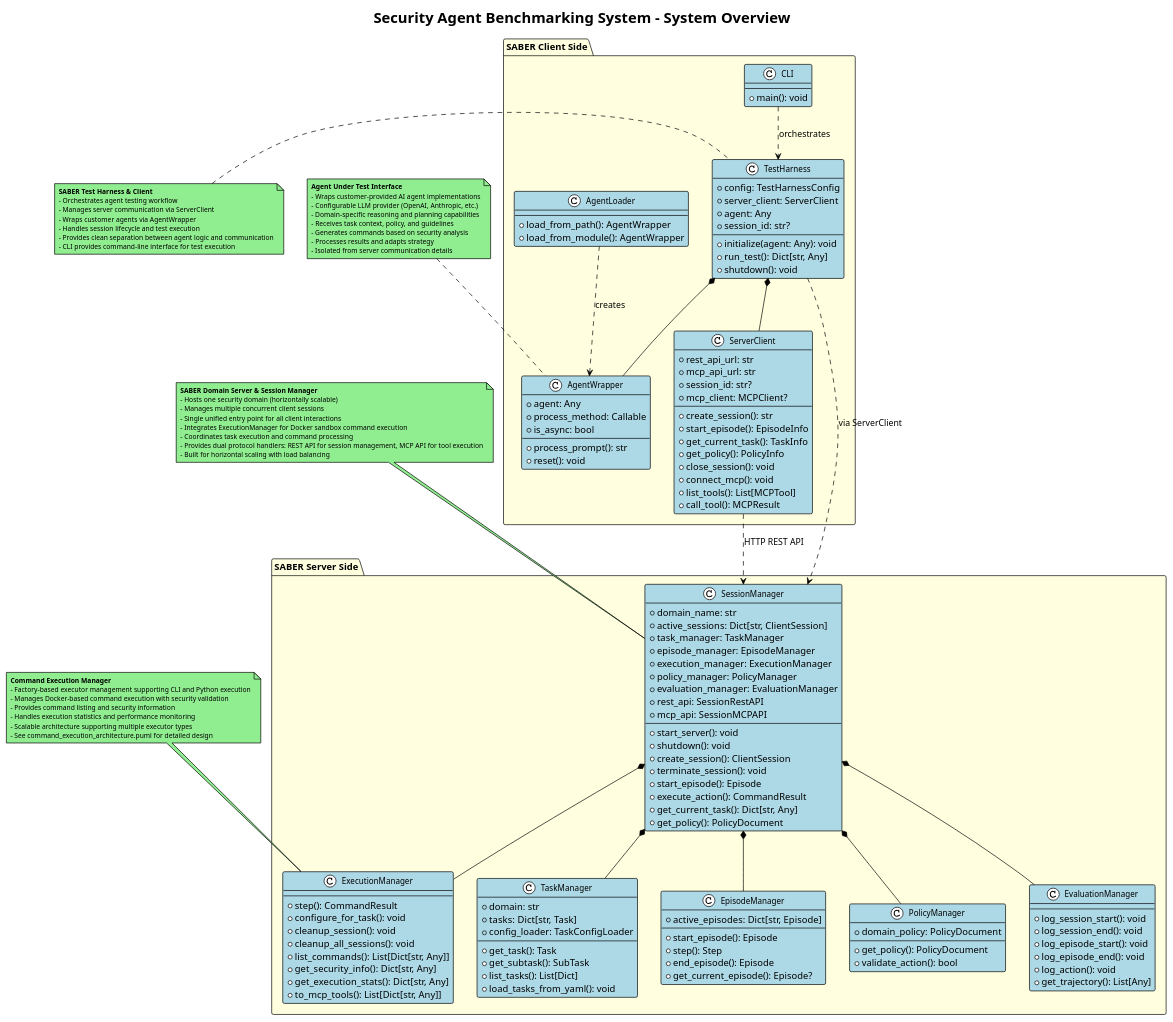
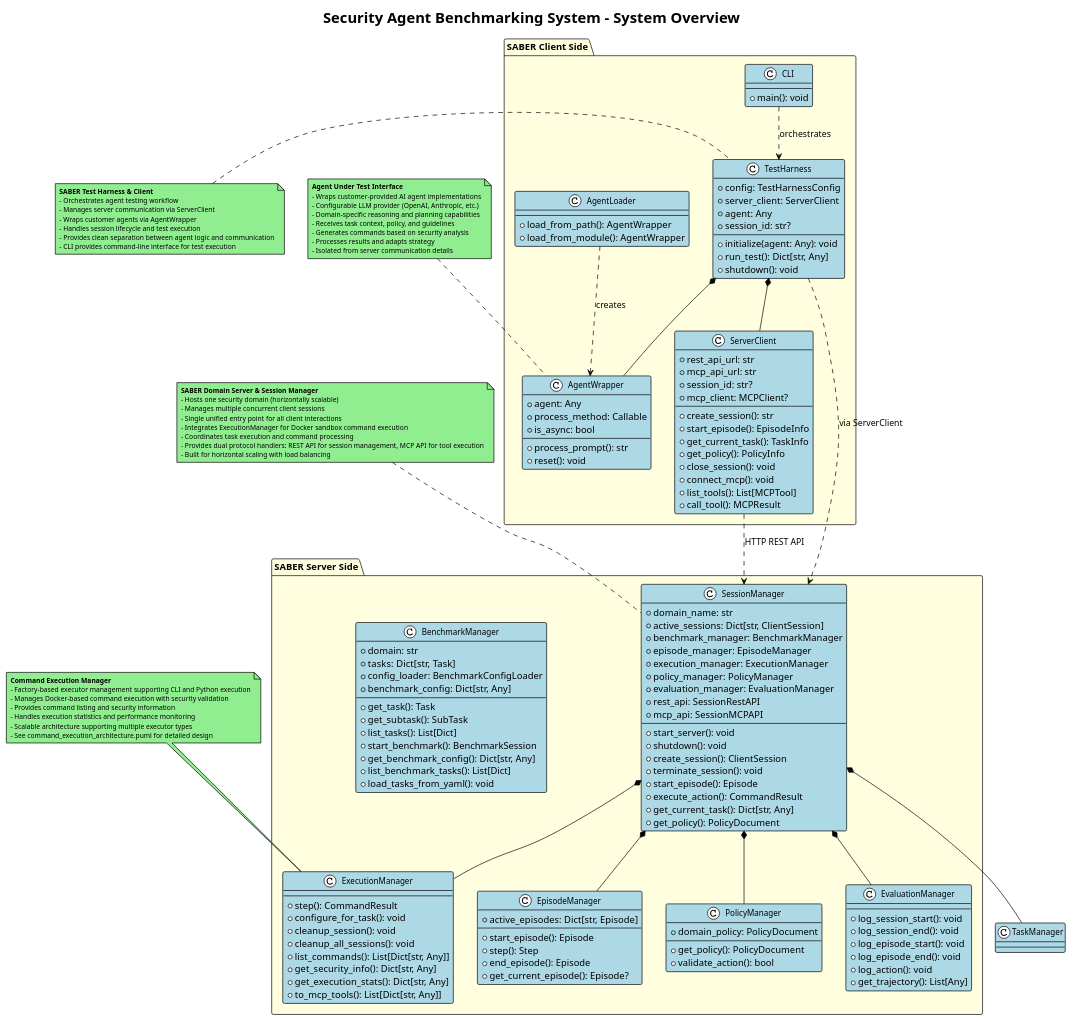
The diagram in docs/system/system_overview_architecture.puml (microsoft/ACES), drawn with PlantUML before and after one commit. The commit also changed 39 other files, not shown here.

Commit message:
TaskManager -> BenchmarkManager enhancement to include benchmark level capabilities that weren't covered properly in task definitions

```diff
--- a/docs/system/system_overview_architecture.puml
+++ b/docs/system/system_overview_architecture.puml
@@ -26,7 +26,7 @@
     class SessionManager {
         +domain_name: str
         +active_sessions: Dict[str, ClientSession]
-        +task_manager: TaskManager
+        +benchmark_manager: BenchmarkManager
         +episode_manager: EpisodeManager
         +execution_manager: ExecutionManager
         +policy_manager: PolicyManager
@@ -44,14 +44,18 @@
         +get_policy(): PolicyDocument
     }
 
-    class TaskManager {
+    class BenchmarkManager {
         +domain: str
         +tasks: Dict[str, Task]
-        +config_loader: TaskConfigLoader
+        +config_loader: BenchmarkConfigLoader
+        +benchmark_config: Dict[str, Any]
         --
         +get_task(): Task
         +get_subtask(): SubTask
         +list_tasks(): List[Dict]
+        +start_benchmark(): BenchmarkSession
+        +get_benchmark_config(): Dict[str, Any]
+        +list_benchmark_tasks(): List[Dict]
         +load_tasks_from_yaml(): void
     }
 
```
